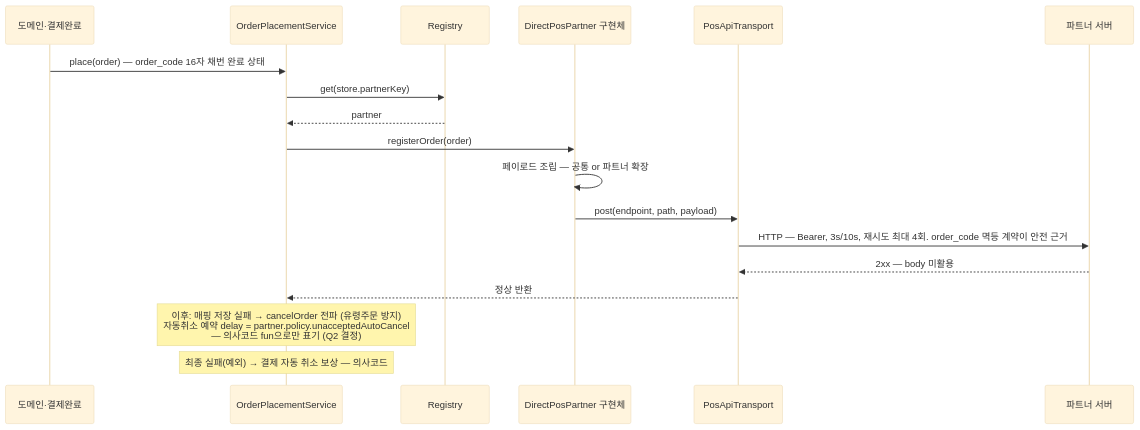
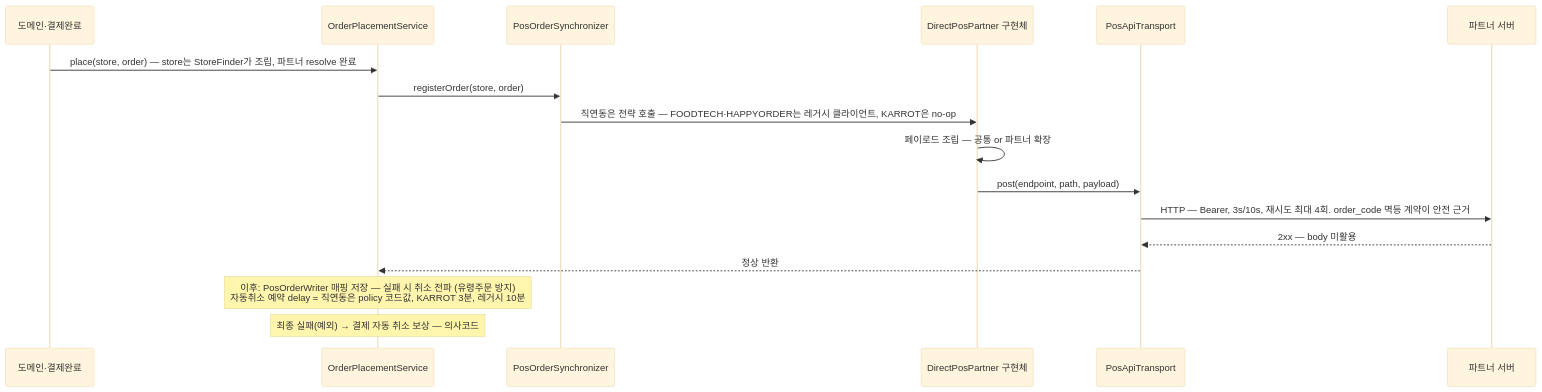
The second of 4 diagrams in docs/04-to-be-architecture.md (BokDoong/direct-connect-pos), drawn with Mermaid (base theme) before and after one commit. The commit also changed other lines of this file and 3 other files, not shown here.

````diff
--- a/docs/04-to-be-architecture.md
+++ b/docs/04-to-be-architecture.md
@@ -188,21 +209,20 @@
 ```mermaid
 sequenceDiagram
     participant D as 도메인·결제완료
     participant OPS as OrderPlacementService
-    participant REG as Registry
+    participant SYNC as PosOrderSynchronizer
     participant P as DirectPosPartner 구현체
     participant TR as PosApiTransport
     participant POS as 파트너 서버
 
-    D->>OPS: place(order) — order_code 16자 채번 완료 상태
-    OPS->>REG: get(store.partnerKey)
-    REG-->>OPS: partner
-    OPS->>P: registerOrder(order)
+    D->>OPS: place(store, order) — store는 StoreFinder가 조립, 파트너 resolve 완료
+    OPS->>SYNC: registerOrder(store, order)
+    SYNC->>P: 직연동은 전략 호출 — FOODTECH·HAPPYORDER는 레거시 클라이언트, KARROT은 no-op
     P->>P: 페이로드 조립 — 공통 or 파트너 확장
     P->>TR: post(endpoint, path, payload)
     TR->>POS: HTTP — Bearer, 3s/10s, 재시도 최대 4회. order_code 멱등 계약이 안전 근거
     POS-->>TR: 2xx — body 미활용
     TR-->>OPS: 정상 반환
-    Note over OPS: 이후: 매핑 저장 실패 → cancelOrder 전파 (유령주문 방지)<br/>자동취소 예약 delay = partner.policy.unacceptedAutoCancel<br/>— 의사코드 fun으로만 표기 (Q2 결정)
+    Note over OPS: 이후: PosOrderWriter 매핑 저장 — 실패 시 취소 전파 (유령주문 방지)<br/>자동취소 예약 delay = 직연동은 policy 코드값, KARROT 3분, 레거시 10분
     Note over OPS: 최종 실패(예외) → 결제 자동 취소 보상 — 의사코드
 ```
````
